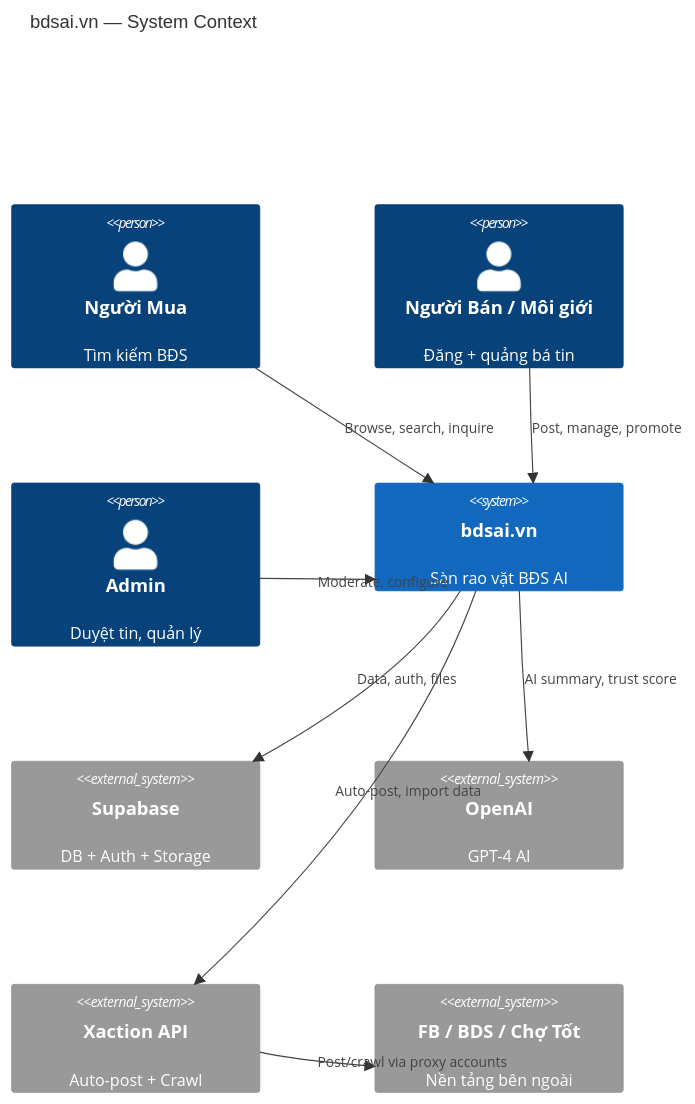
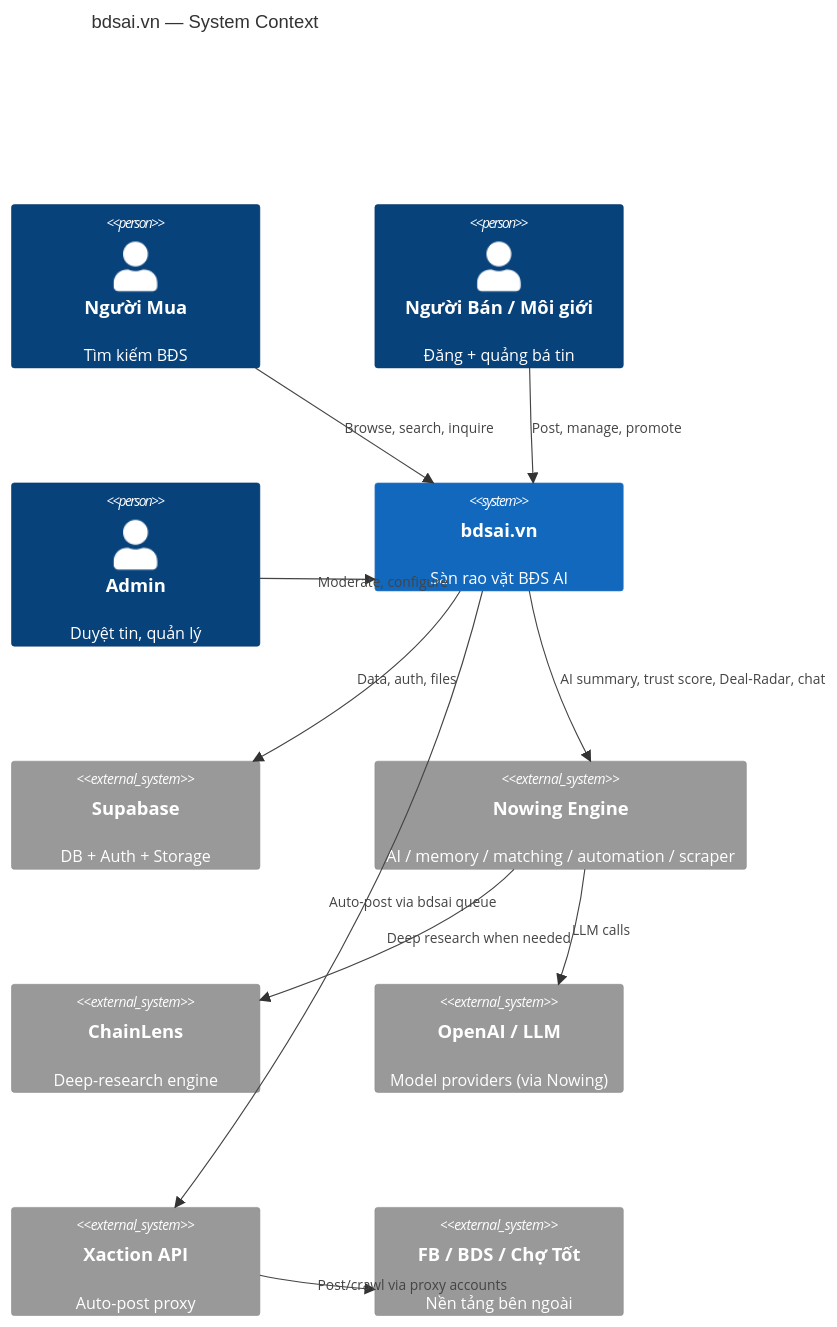
Before and after one commit to deptrai/longthanhland: the second of 4 diagrams in docs/bdsai/architecture/ARCHITECTURE-SPINE.md, drawn with Mermaid. The commit also changed other lines of this file and 2 other files, not shown here.

First line of the commit message:
fix(architecture): apply architect review fixes for bdsai-nowing boundary

````diff
--- a/docs/bdsai/architecture/ARCHITECTURE-SPINE.md
+++ b/docs/bdsai/architecture/ARCHITECTURE-SPINE.md
@@ -286,23 +312,27 @@
 ```mermaid
 C4Context
     title bdsai.vn — System Context
 
     Person(buyer, "Người Mua", "Tìm kiếm BĐS")
     Person(seller, "Người Bán / Môi giới", "Đăng + quảng bá tin")
     Person(admin, "Admin", "Duyệt tin, quản lý")
 
     System(bdsai, "bdsai.vn", "Sàn rao vặt BĐS AI")
 
     System_Ext(supabase, "Supabase", "DB + Auth + Storage")
-    System_Ext(openai, "OpenAI", "GPT-4 AI")
-    System_Ext(xaction, "Xaction API", "Auto-post + Crawl")
+    System_Ext(nowing, "Nowing Engine", "AI / memory / matching / automation / scraper")
+    System_Ext(chainlens, "ChainLens", "Deep-research engine")
+    System_Ext(openai, "OpenAI / LLM", "Model providers (via Nowing)")
+    System_Ext(xaction, "Xaction API", "Auto-post proxy")
     System_Ext(platforms, "FB / BDS / Chợ Tốt", "Nền tảng bên ngoài")
 
     Rel(buyer, bdsai, "Browse, search, inquire")
     Rel(seller, bdsai, "Post, manage, promote")
     Rel(admin, bdsai, "Moderate, configure")
     Rel(bdsai, supabase, "Data, auth, files")
-    Rel(bdsai, openai, "AI summary, trust score")
-    Rel(bdsai, xaction, "Auto-post, import data")
+    Rel(bdsai, nowing, "AI summary, trust score, Deal-Radar, chat")
+    Rel(nowing, chainlens, "Deep research when needed")
+    Rel(nowing, openai, "LLM calls")
+    Rel(bdsai, xaction, "Auto-post via bdsai queue")
     Rel(xaction, platforms, "Post/crawl via proxy accounts")
 ```
````
